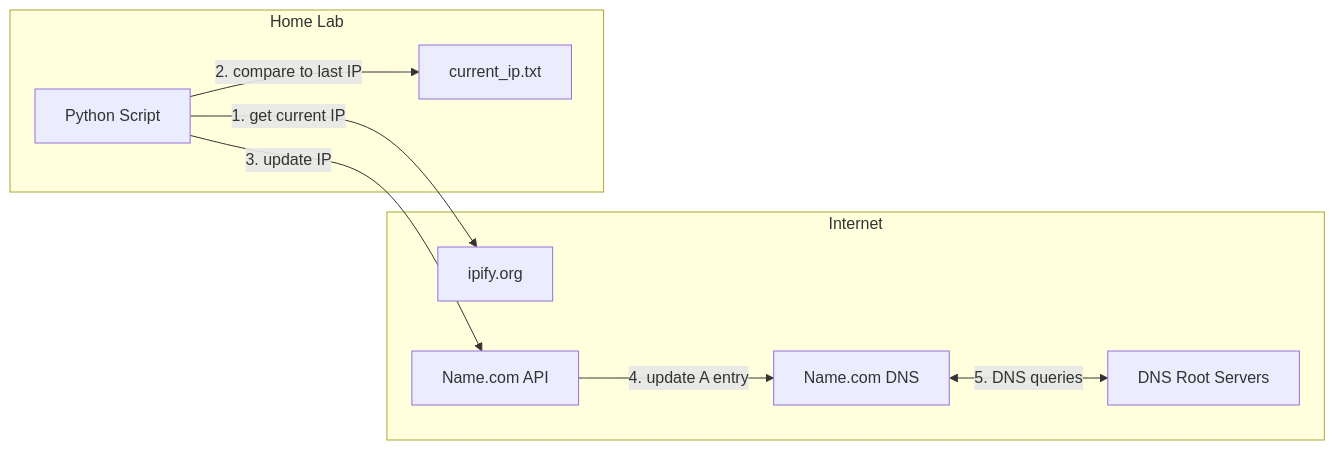
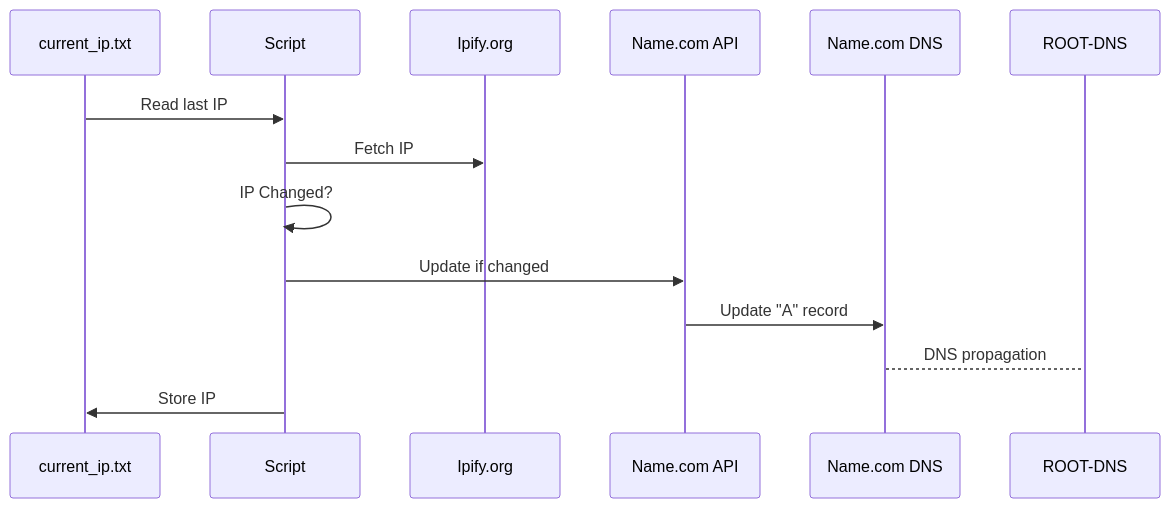
One commit to yasuoiwakura/py-name.com-dyndns-updater changed the first of 2 diagrams in README.md. Above: the diagram before and after it, drawn with Mermaid.

Commit message:
readme mermaid sequenceDiagram

````diff
--- a/README.md
+++ b/README.md
@@ -13,23 +13,12 @@
 ```mermaid
+sequenceDiagram
+    current_ip.txt->>Script: Read last IP
+    Script->>Ipify.org: Fetch IP
+    Script->>Script: IP Changed?
+    Script->>Name.com API: Update if changed
+    Name.com API->>Name.com DNS: Update "A" record
+    Name.com DNS-->ROOT-DNS: DNS propagation
+    Script->>current_ip.txt: Store IP
 
-flowchart LR
-
-subgraph I[Internet]
-    IP[ipify.org]
-    NAPI[Name.com API]
-    N[Name.com DNS]
-    DNS[DNS Root Servers]
-end
-
-subgraph L[Home Lab]
-    P[Python Script]
-    TXT[current_ip.txt]
-end
-
-P -- 1. get current IP --> IP
-P -- 2. compare to last IP --> TXT
-P -- 3. update IP --> NAPI
-NAPI -- 4. update A entry --> N
-N <-- 5. DNS queries --> DNS
 
 ```
````
